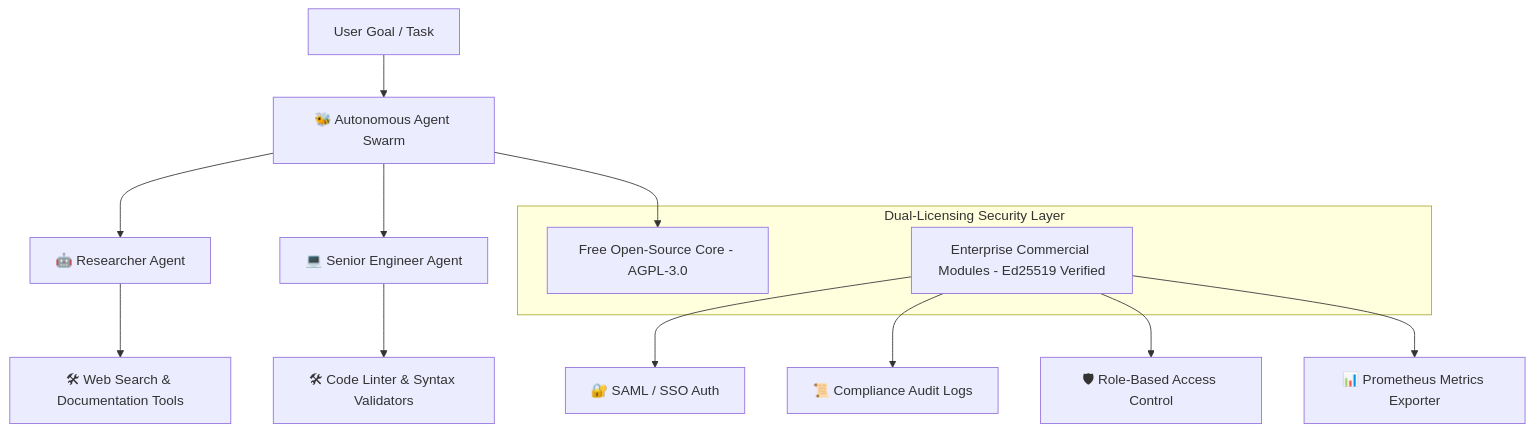
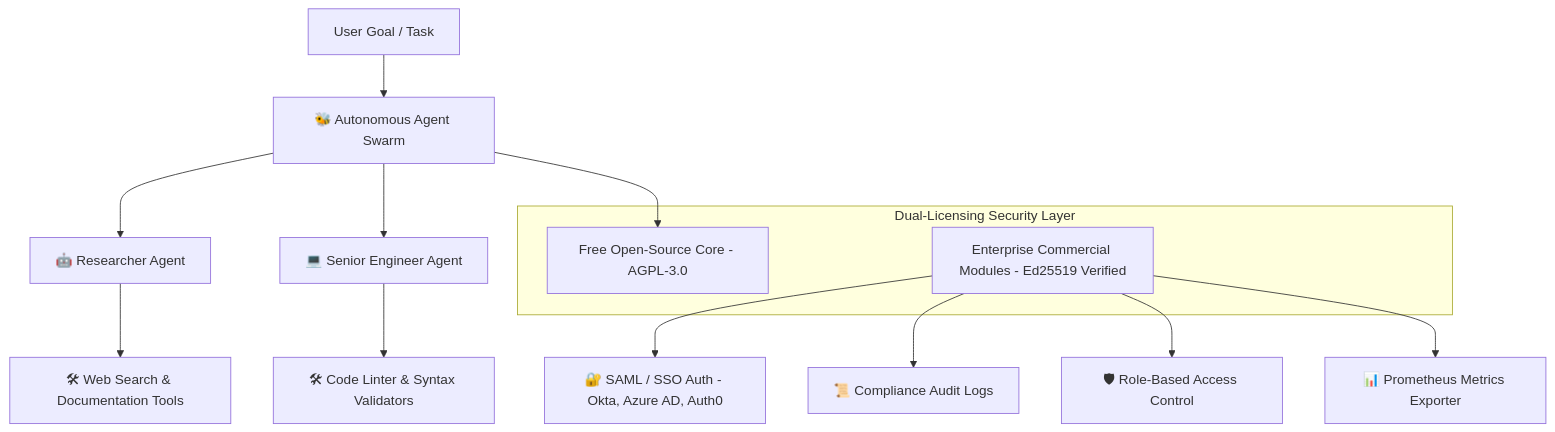
The diagram in README.md (saitejabandaru-in/open-core-dual-license-engine), drawn with Mermaid before and after one commit. The commit also changed other lines of this file and 2 other files, not shown here.

````diff
--- a/README.md
+++ b/README.md
@@ -39,19 +47,19 @@
 ```mermaid
 flowchart TD
     Task[User Goal / Task] --> Swarm[🐝 Autonomous Agent Swarm]
     Swarm --> Agent1[🤖 Researcher Agent]
     Swarm --> Agent2[💻 Senior Engineer Agent]
     Agent1 --> Tools1[🛠 Web Search & Documentation Tools]
     Agent2 --> Tools2[🛠 Code Linter & Syntax Validators]
     
     subgraph "Dual-Licensing Security Layer"
         Community[Free Open-Source Core - AGPL-3.0]
         Enterprise[Enterprise Commercial Modules - Ed25519 Verified]
     end
 
     Swarm --> Community
-    Enterprise --> SAML[🔐 SAML / SSO Auth]
+    Enterprise --> SAML[🔐 SAML / SSO Auth - Okta, Azure AD, Auth0]
     Enterprise --> Audit[📜 Compliance Audit Logs]
     Enterprise --> RBAC[🛡 Role-Based Access Control]
     Enterprise --> Metrics[📊 Prometheus Metrics Exporter]
 ```
````
